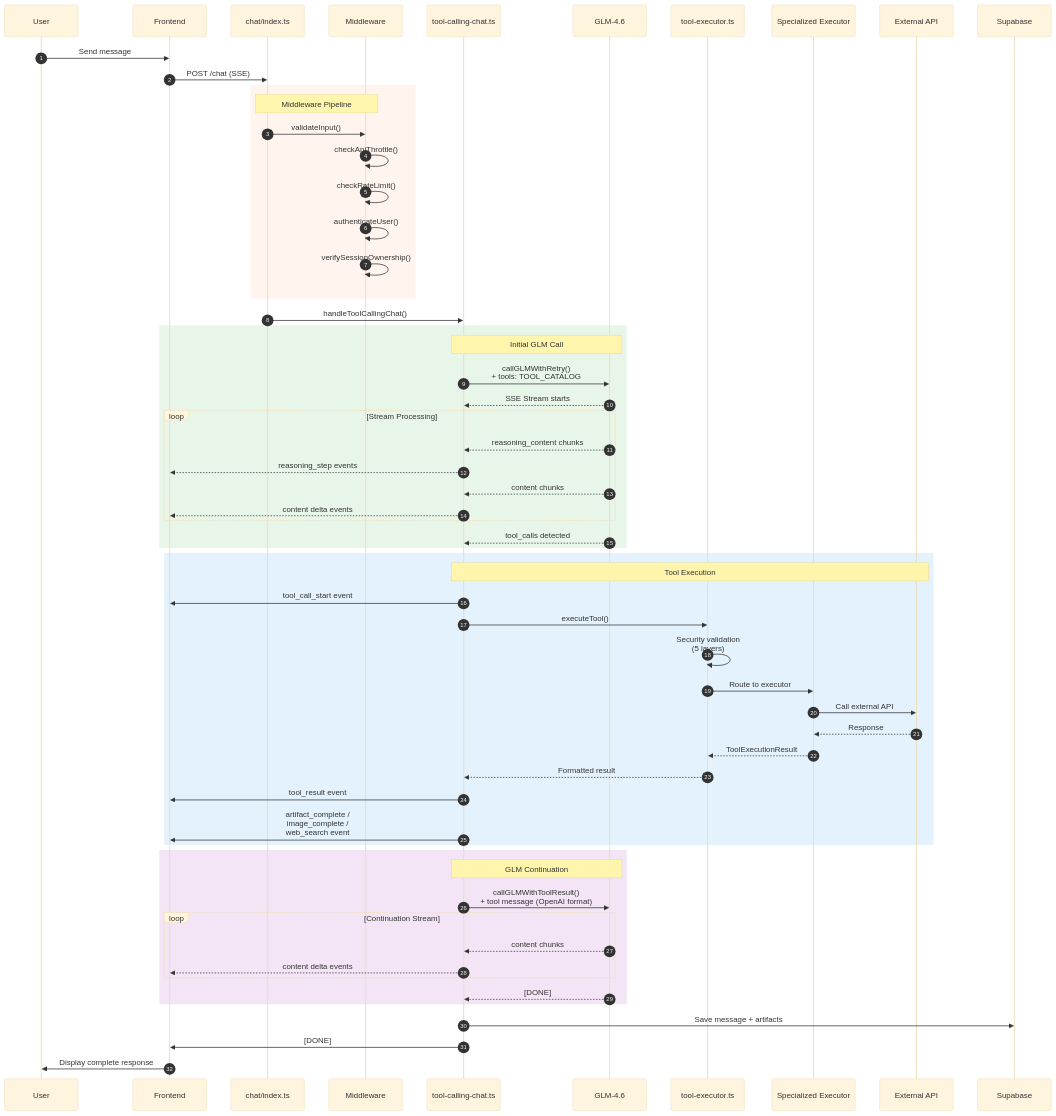
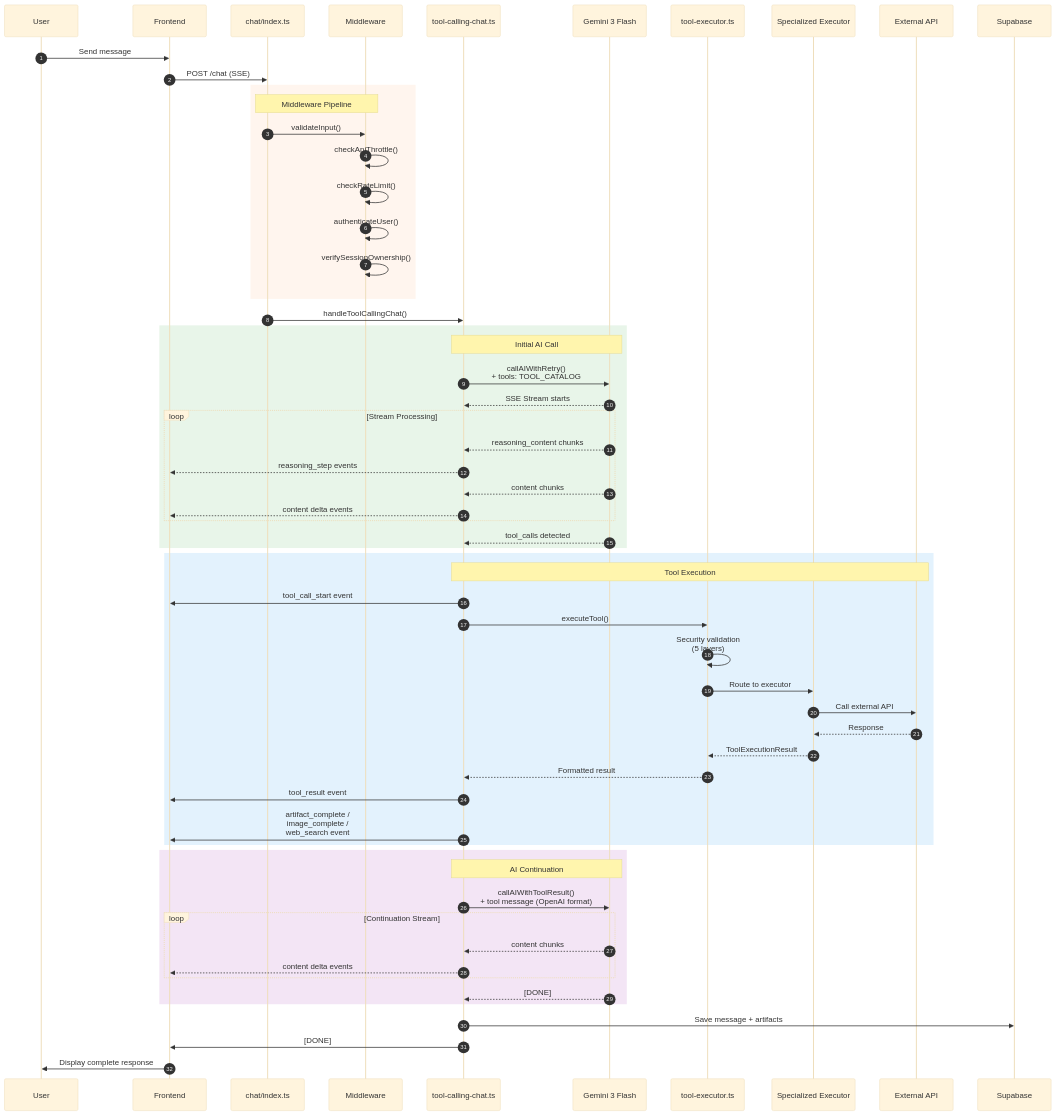
Before and after one commit to NickB03/vana: the second of 10 diagrams in docs/UNIFIED_TOOL_ARCHITECTURE.md, drawn with Mermaid (base theme). The commit also changed other lines of this file and 44 other files, not shown here.

````diff
--- a/docs/UNIFIED_TOOL_ARCHITECTURE.md
+++ b/docs/UNIFIED_TOOL_ARCHITECTURE.md
@@ -121,75 +121,75 @@
 ```mermaid
 sequenceDiagram
     autonumber
     participant U as User
     participant FE as Frontend
     participant CH as chat/index.ts
     participant MW as Middleware
     participant TC as tool-calling-chat.ts
-    participant GLM as GLM-4.6
+    participant G3F as Gemini 3 Flash
     participant TE as tool-executor.ts
     participant EX as Specialized Executor
     participant API as External API
     participant DB as Supabase
 
     U->>FE: Send message
     FE->>CH: POST /chat (SSE)
 
     rect rgb(255, 245, 238)
         Note over CH,MW: Middleware Pipeline
         CH->>MW: validateInput()
         MW->>MW: checkApiThrottle()
         MW->>MW: checkRateLimit()
         MW->>MW: authenticateUser()
         MW->>MW: verifySessionOwnership()
     end
 
     CH->>TC: handleToolCallingChat()
 
     rect rgb(232, 245, 233)
-        Note over TC,GLM: Initial GLM Call
-        TC->>GLM: callGLMWithRetry()<br/>+ tools: TOOL_CATALOG
-        GLM-->>TC: SSE Stream starts
+        Note over TC,G3F: Initial AI Call
+        TC->>G3F: callAIWithRetry()<br/>+ tools: TOOL_CATALOG
+        G3F-->>TC: SSE Stream starts
 
         loop Stream Processing
-            GLM-->>TC: reasoning_content chunks
+            G3F-->>TC: reasoning_content chunks
             TC-->>FE: reasoning_step events
-            GLM-->>TC: content chunks
+            G3F-->>TC: content chunks
             TC-->>FE: content delta events
         end
 
-        GLM-->>TC: tool_calls detected
+        G3F-->>TC: tool_calls detected
     end
 
     rect rgb(227, 242, 253)
         Note over TC,API: Tool Execution
         TC->>FE: tool_call_start event
         TC->>TE: executeTool()
 
         TE->>TE: Security validation<br/>(5 layers)
         TE->>EX: Route to executor
         EX->>API: Call external API
         API-->>EX: Response
         EX-->>TE: ToolExecutionResult
 
         TE-->>TC: Formatted result
         TC->>FE: tool_result event
         TC->>FE: artifact_complete /<br/>image_complete /<br/>web_search event
     end
 
     rect rgb(243, 229, 245)
-        Note over TC,GLM: GLM Continuation
-        TC->>GLM: callGLMWithToolResult()<br/>+ tool message (OpenAI format)
+        Note over TC,G3F: AI Continuation
+        TC->>G3F: callAIWithToolResult()<br/>+ tool message (OpenAI format)
 
         loop Continuation Stream
-            GLM-->>TC: content chunks
+            G3F-->>TC: content chunks
             TC-->>FE: content delta events
         end
 
-        GLM-->>TC: [DONE]
+        G3F-->>TC: [DONE]
     end
 
     TC->>DB: Save message + artifacts
     TC->>FE: [DONE]
     FE->>U: Display complete response
 ```
````
